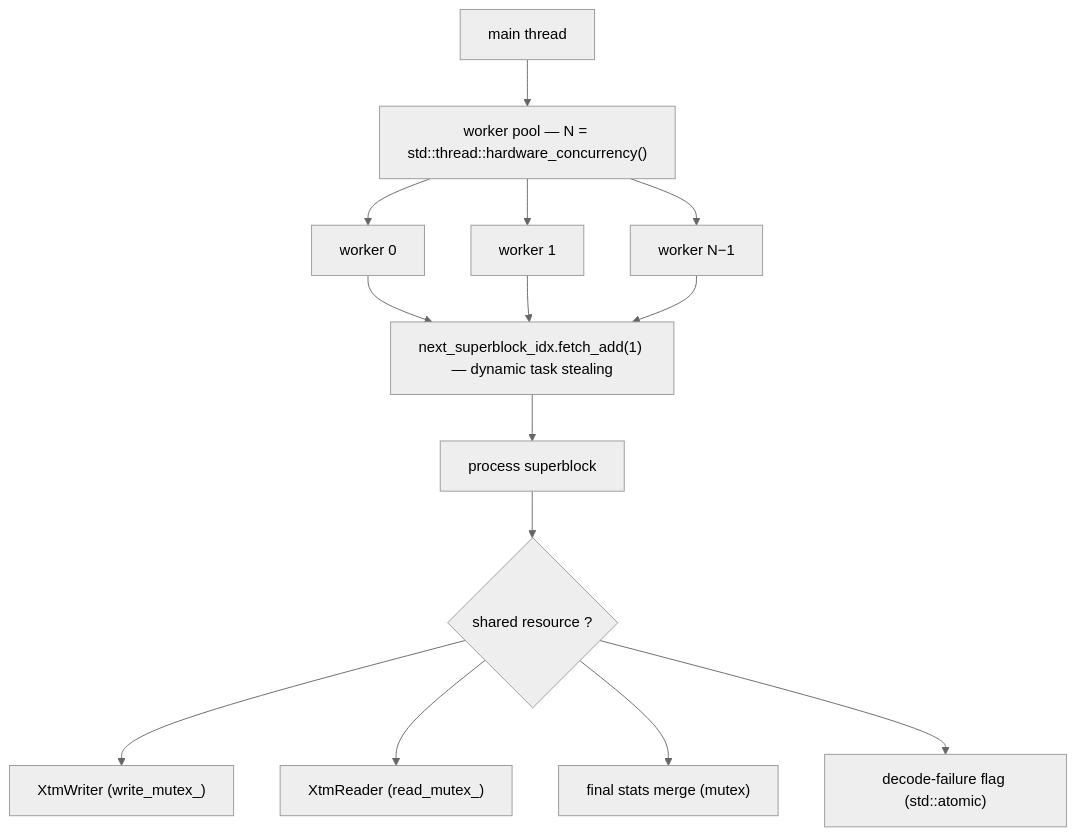
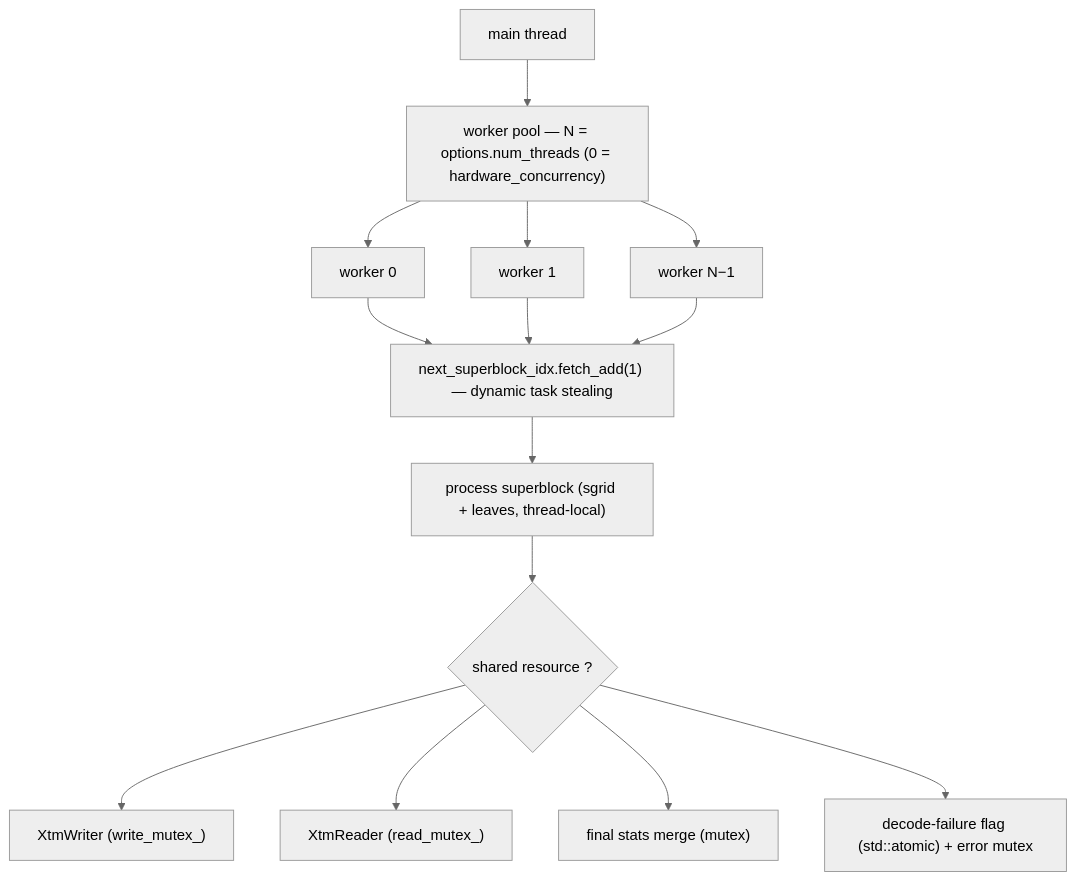
One commit to yashwk/libxtm changed the tenth of 10 diagrams in docs/pipeline.md. Above: the diagram before and after it, drawn with Mermaid (neutral theme). The commit also changed other lines of this file and 2 other files, not shown here.

````diff
--- a/docs/pipeline.md
+++ b/docs/pipeline.md
@@ -474,16 +438,16 @@
 ```mermaid
 flowchart TB
-    MAIN["main thread"] --> POOL["worker pool — N = std::thread::hardware_concurrency()"]
+    MAIN["main thread"] --> POOL["worker pool — N = options.num_threads (0 = hardware_concurrency)"]
     POOL --> W1["worker 0"]
     POOL --> W2["worker 1"]
     POOL --> W3["worker N−1"]
     W1 --> TASK["next_superblock_idx.fetch_add(1) — dynamic task stealing"]
     W2 --> TASK
     W3 --> TASK
-    TASK --> SB["process superblock"]
+    TASK --> SB["process superblock (sgrid + leaves, thread-local)"]
     SB --> LOCK{"shared resource ?"}
     LOCK --> WR["XtmWriter (write_mutex_)"]
     LOCK --> RD["XtmReader (read_mutex_)"]
     LOCK --> MERGE["final stats merge (mutex)"]
-    LOCK --> DFLAG["decode-failure flag (std::atomic<bool>)"]
+    LOCK --> DFLAG["decode-failure flag (std::atomic<bool>) + error mutex"]
 ```
````
